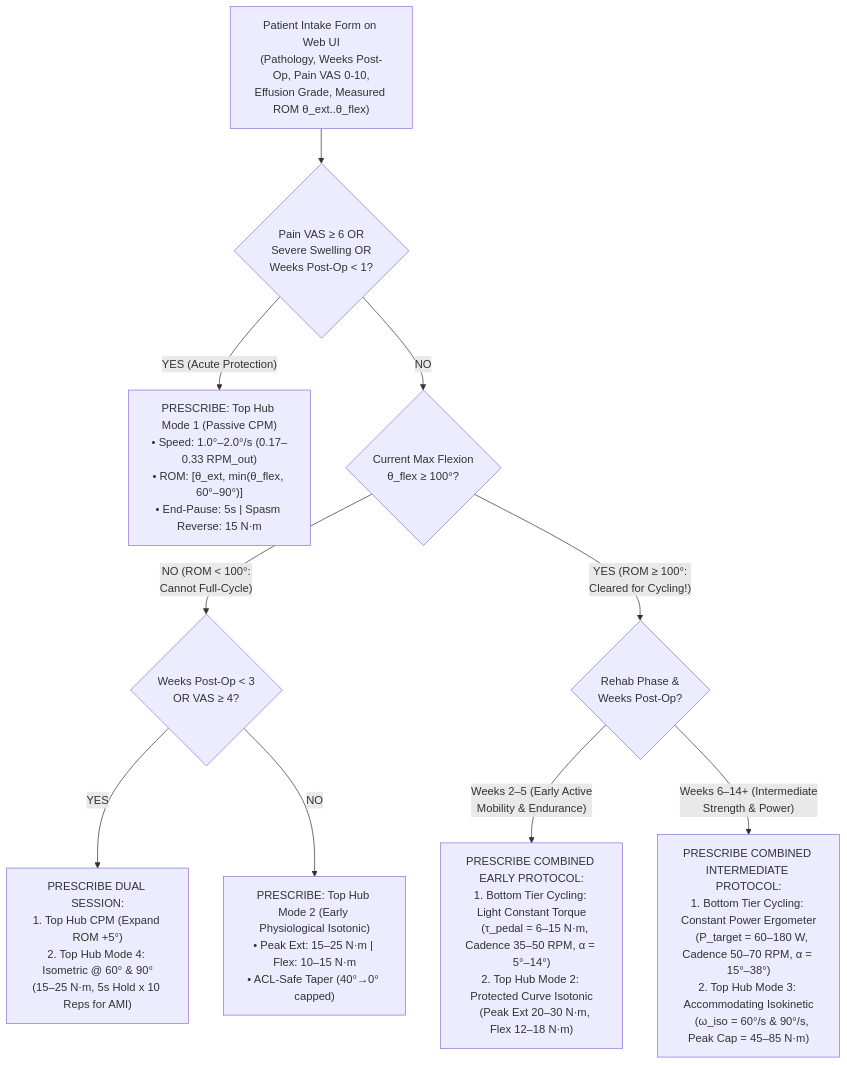
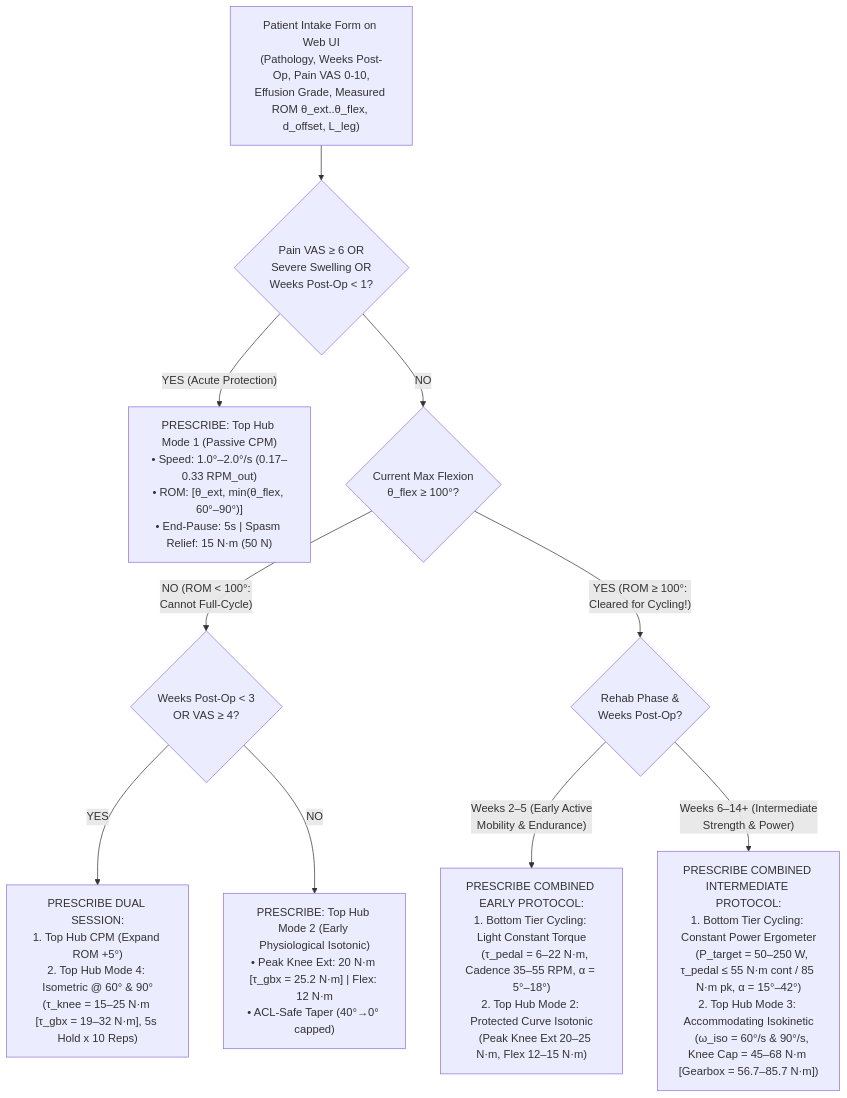
One commit to Kanishk-Goel-19/DP_DULLA changed the first of 3 diagrams in README_INTEGRATED_SYSTEM_AND_WEB_APP.md. Above: the diagram before and after it, drawn with Mermaid. The commit also changed other lines of this file and 27 other files, not shown here.

````diff
--- a/README_INTEGRATED_SYSTEM_AND_WEB_APP.md
+++ b/README_INTEGRATED_SYSTEM_AND_WEB_APP.md
@@ -68,19 +79,19 @@
 ```mermaid
 flowchart TD
-    START["Patient Intake Form on Web UI\n(Pathology, Weeks Post-Op, Pain VAS 0-10,\nEffusion Grade, Measured ROM θ_ext..θ_flex)"]
+    START["Patient Intake Form on Web UI\n(Pathology, Weeks Post-Op, Pain VAS 0-10,\nEffusion Grade, Measured ROM θ_ext..θ_flex, d_offset, L_leg)"]
     
     START --> GATE1{"Pain VAS ≥ 6 OR\nSevere Swelling OR\nWeeks Post-Op < 1?"}
-    GATE1 -->|"YES (Acute Protection)"| REC_CPM["PRESCRIBE: Top Hub Mode 1 (Passive CPM)\n• Speed: 1.0°–2.0°/s (0.17–0.33 RPM_out)\n• ROM: [θ_ext, min(θ_flex, 60°–90°)]\n• End-Pause: 5s | Spasm Reverse: 15 N·m"]
+    GATE1 -->|"YES (Acute Protection)"| REC_CPM["PRESCRIBE: Top Hub Mode 1 (Passive CPM)\n• Speed: 1.0°–2.0°/s (0.17–0.33 RPM_out)\n• ROM: [θ_ext, min(θ_flex, 60°–90°)]\n• End-Pause: 5s | Spasm Relief: 15 N·m (50 N)"]
     
     GATE1 -->|"NO"| GATE2{"Current Max Flexion\nθ_flex ≥ 100°?"}
     
     GATE2 -->|"NO (ROM < 100°:\nCannot Full-Cycle)"| GATE3{"Weeks Post-Op < 3\nOR VAS ≥ 4?"}
-    GATE3 -->|"YES"| REC_ISO_CPM["PRESCRIBE DUAL SESSION:\n1. Top Hub CPM (Expand ROM +5°)\n2. Top Hub Mode 4: Isometric @ 60° & 90°\n(15–25 N·m, 5s Hold x 10 Reps for AMI)"]
-    GATE3 -->|"NO"| REC_EARLY_ISO["PRESCRIBE: Top Hub Mode 2 (Early Physiological Isotonic)\n• Peak Ext: 15–25 N·m | Flex: 10–15 N·m\n• ACL-Safe Taper (40°→0° capped)"]
+    GATE3 -->|"YES"| REC_ISO_CPM["PRESCRIBE DUAL SESSION:\n1. Top Hub CPM (Expand ROM +5°)\n2. Top Hub Mode 4: Isometric @ 60° & 90°\n(τ_knee = 15–25 N·m [τ_gbx = 19–32 N·m], 5s Hold x 10 Reps)"]
+    GATE3 -->|"NO"| REC_EARLY_ISO["PRESCRIBE: Top Hub Mode 2 (Early Physiological Isotonic)\n• Peak Knee Ext: 20 N·m [τ_gbx = 25.2 N·m] | Flex: 12 N·m\n• ACL-Safe Taper (40°→0° capped)"]
     
     GATE2 -->|"YES (ROM ≥ 100°:\nCleared for Cycling!)"| GATE4{"Rehab Phase &\nWeeks Post-Op?"}
     
-    GATE4 -->|"Weeks 2–5 (Early Active\nMobility & Endurance)"| REC_CYC_EARLY["PRESCRIBE COMBINED EARLY PROTOCOL:\n1. Bottom Tier Cycling: Light Constant Torque\n   (τ_pedal = 6–15 N·m, Cadence 35–50 RPM, α = 5°–14°)\n2. Top Hub Mode 2: Protected Curve Isotonic\n   (Peak Ext 20–30 N·m, Flex 12–18 N·m)"]
+    GATE4 -->|"Weeks 2–5 (Early Active\nMobility & Endurance)"| REC_CYC_EARLY["PRESCRIBE COMBINED EARLY PROTOCOL:\n1. Bottom Tier Cycling: Light Constant Torque\n   (τ_pedal = 6–22 N·m, Cadence 35–55 RPM, α = 5°–18°)\n2. Top Hub Mode 2: Protected Curve Isotonic\n   (Peak Knee Ext 20–25 N·m, Flex 12–15 N·m)"]
     
-    GATE4 -->|"Weeks 6–14+ (Intermediate\nStrength & Power)"| REC_INTERM["PRESCRIBE COMBINED INTERMEDIATE PROTOCOL:\n1. Bottom Tier Cycling: Constant Power Ergometer\n   (P_target = 60–180 W, Cadence 50–70 RPM, α = 15°–38°)\n2. Top Hub Mode 3: Accommodating Isokinetic\n   (ω_iso = 60°/s & 90°/s, Peak Cap = 45–85 N·m)"]
+    GATE4 -->|"Weeks 6–14+ (Intermediate\nStrength & Power)"| REC_INTERM["PRESCRIBE COMBINED INTERMEDIATE PROTOCOL:\n1. Bottom Tier Cycling: Constant Power Ergometer\n   (P_target = 50–250 W, τ_pedal ≤ 55 N·m cont / 85 N·m pk, α = 15°–42°)\n2. Top Hub Mode 3: Accommodating Isokinetic\n   (ω_iso = 60°/s & 90°/s, Knee Cap = 45–68 N·m [Gearbox = 56.7–85.7 N·m])"]
 ```
````
